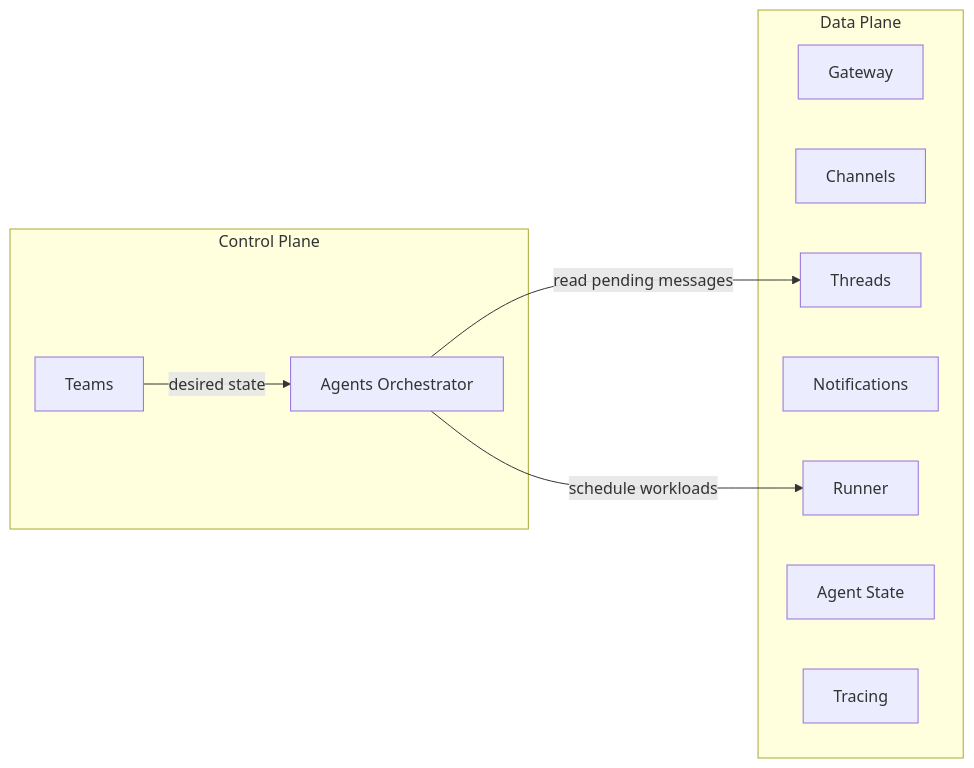
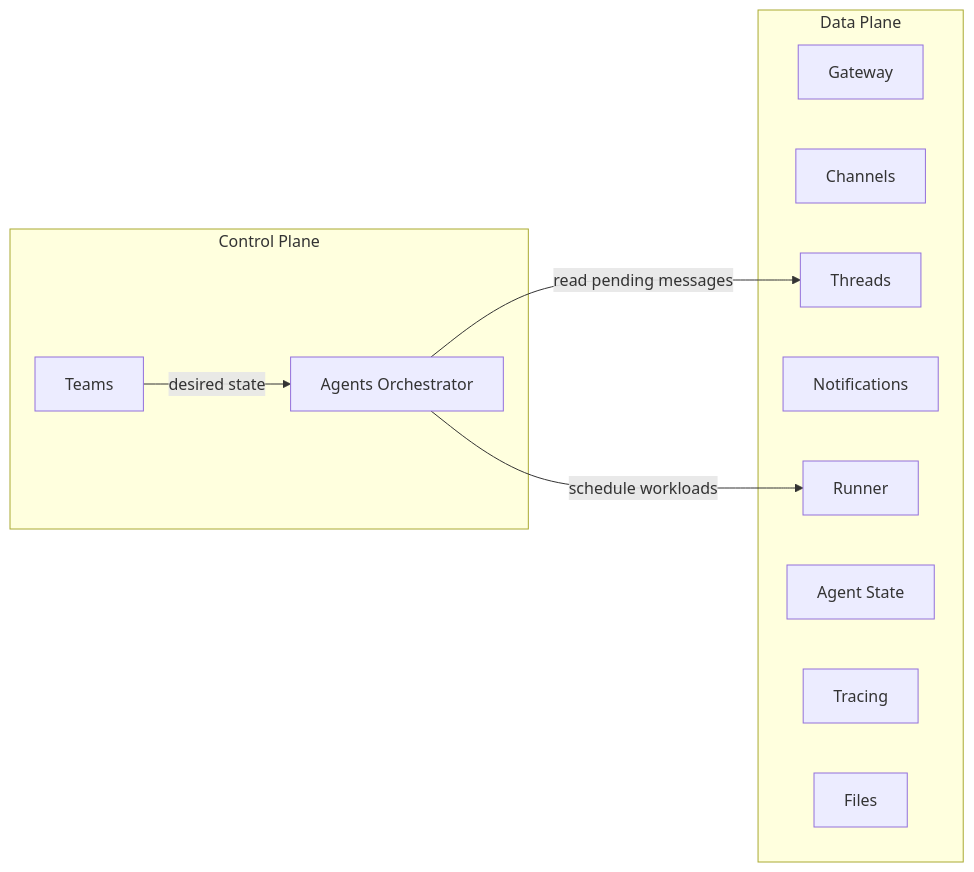
The first of 2 diagrams in architecture/control-data-plane.md (agynio/architecture), drawn with Mermaid before and after one commit. The commit also changed other lines of this file and 3 other files, not shown here.

````diff
--- a/architecture/control-data-plane.md
+++ b/architecture/control-data-plane.md
@@ -21,21 +21,22 @@
 ```mermaid
 graph LR
     subgraph Control Plane
         Teams
         AgentsOrch[Agents Orchestrator]
     end
 
     subgraph Data Plane
         Gateway
         Channels
         Threads
         Notifications
         Runner
         AgentState[Agent State]
         Tracing
+        Files
     end
 
     Teams -->|desired state| AgentsOrch
     AgentsOrch -->|schedule workloads| Runner
     AgentsOrch -->|read pending messages| Threads
 ```
````
